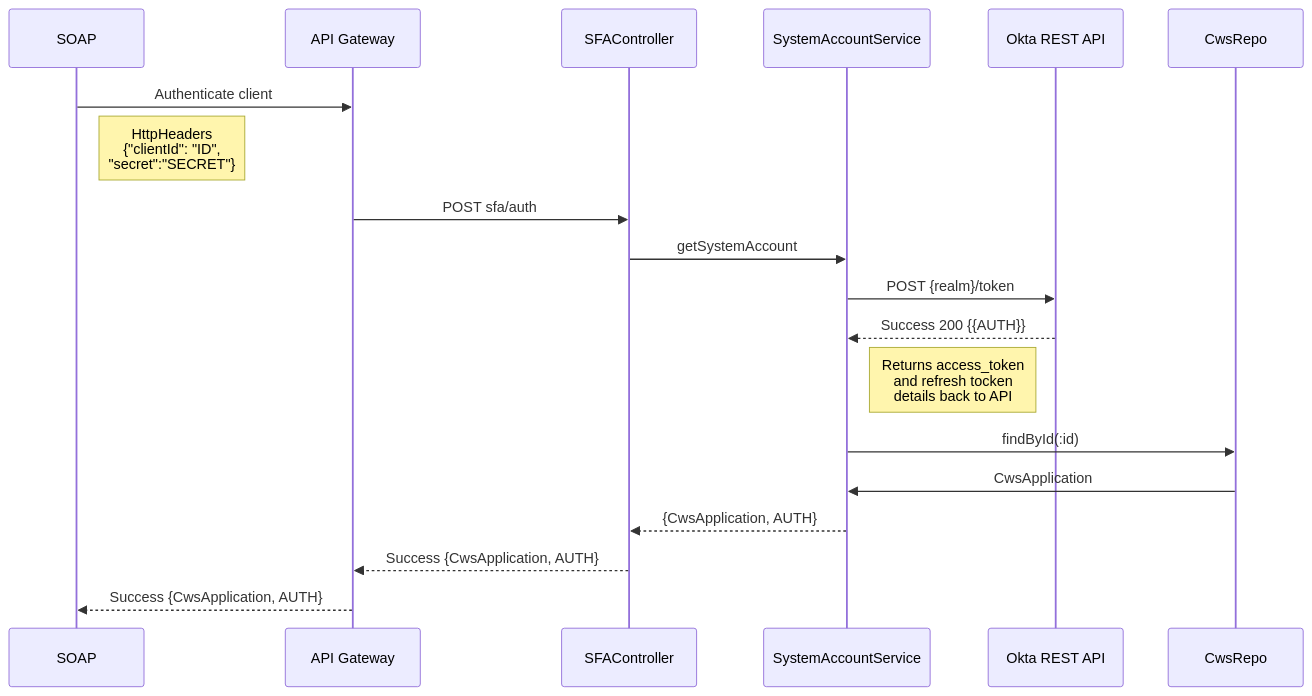
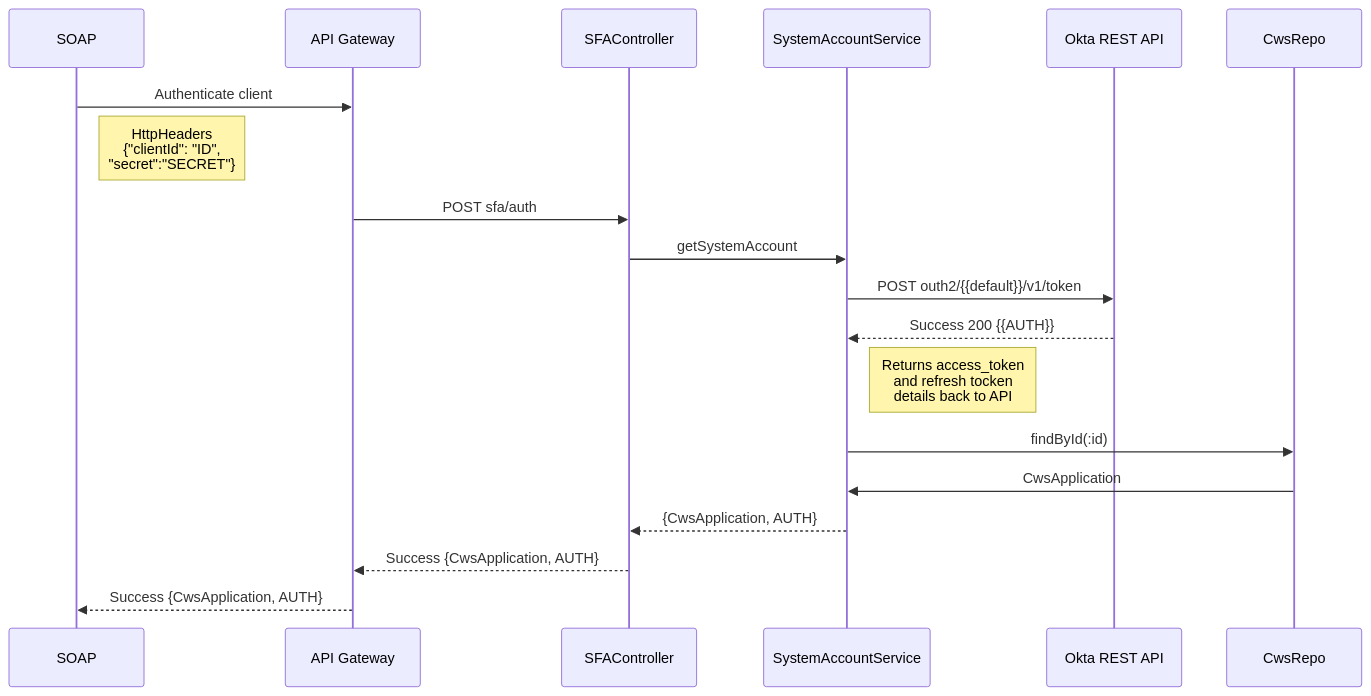
The fourth of 4 diagrams in README.md (venuduggireddy/slakedit), drawn with Mermaid before and after one commit. The commit also changed other lines of this file, not shown here.

````diff
--- a/README.md
+++ b/README.md
@@ -134,15 +134,15 @@
 ```mermaid
 sequenceDiagram
 SOAP ->> API Gateway: Authenticate client
 Note right of SOAP: HttpHeaders <br/>{"clientId": "ID",<br/> "secret":"SECRET"}
 API Gateway->>SFAController: POST sfa/auth
 SFAController ->> SystemAccountService: getSystemAccount
-SystemAccountService ->> Okta REST API: POST {realm}/token
+SystemAccountService ->> Okta REST API: POST outh2/{{default}}/v1/token
 Okta REST API-->> SystemAccountService: Success 200 {{AUTH}}
 Note right of SystemAccountService: Returns access_token<br/>and refresh tocken<br/> details back to API
 SystemAccountService ->> CwsRepo: findById(:id)
 CwsRepo ->> SystemAccountService: CwsApplication
 SystemAccountService -->> SFAController: {CwsApplication, AUTH}
 SFAController -->> API Gateway: Success {CwsApplication, AUTH}
 API Gateway -->> SOAP: Success {CwsApplication, AUTH}
 ```
````
